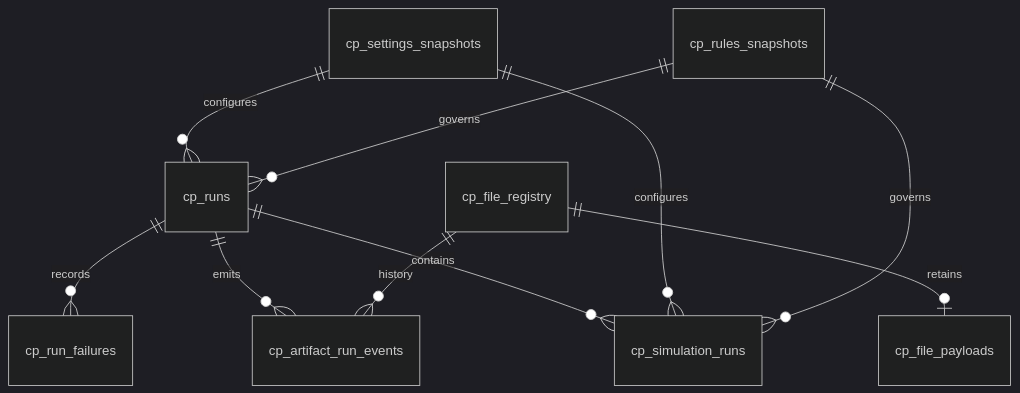
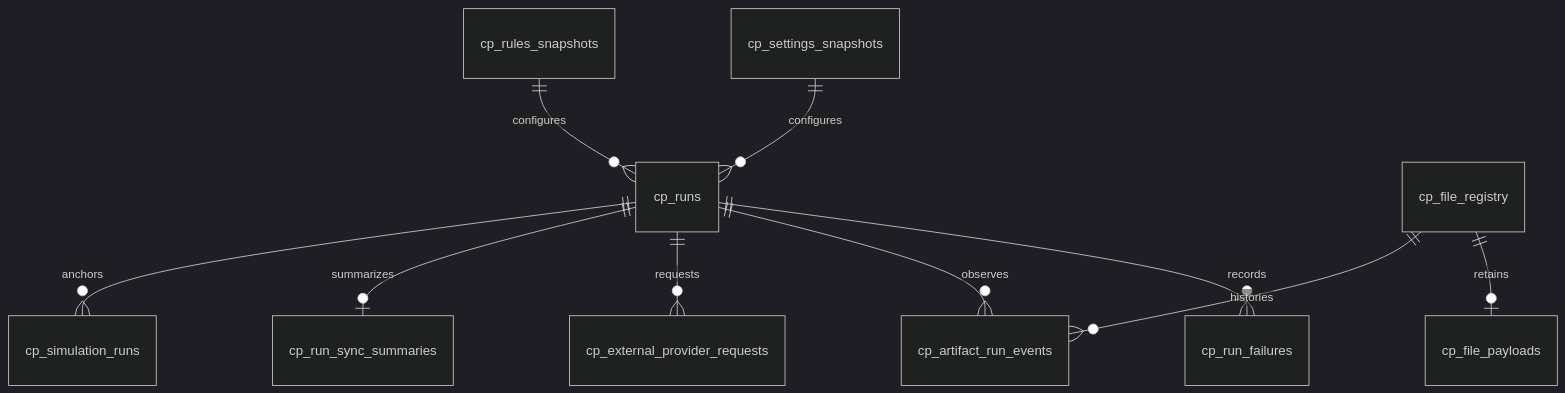
Before and after one commit to tks18/personal-finance-etl: the diagram in docs/reference/control-plane-data-contracts.md, drawn with Mermaid (dark theme). The commit also changed other lines of this file and 7 other files, not shown here.

````diff
--- a/docs/reference/control-plane-data-contracts.md
+++ b/docs/reference/control-plane-data-contracts.md
@@ -5,12 +206,12 @@
 ```mermaid
 erDiagram
+    cp_runs ||--o{ cp_run_failures : records
+    cp_runs ||--o{ cp_artifact_run_events : observes
+    cp_runs ||--o{ cp_external_provider_requests : requests
+    cp_runs ||--o| cp_run_sync_summaries : summarizes
+    cp_runs ||--o{ cp_simulation_runs : anchors
     cp_settings_snapshots ||--o{ cp_runs : configures
-    cp_rules_snapshots ||--o{ cp_runs : governs
-    cp_runs ||--o{ cp_run_failures : records
-    cp_runs ||--o{ cp_artifact_run_events : emits
+    cp_rules_snapshots ||--o{ cp_runs : configures
     cp_file_registry ||--o| cp_file_payloads : retains
-    cp_file_registry ||--o{ cp_artifact_run_events : history
-    cp_runs ||--o{ cp_simulation_runs : contains
-    cp_settings_snapshots ||--o{ cp_simulation_runs : configures
-    cp_rules_snapshots ||--o{ cp_simulation_runs : governs
+    cp_file_registry ||--o{ cp_artifact_run_events : histories
 ```
````
